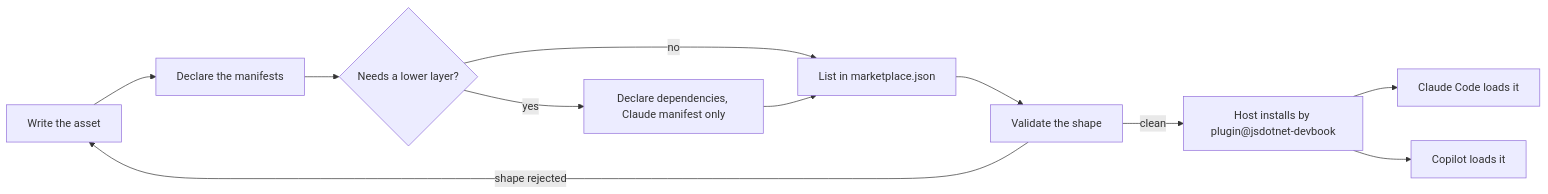
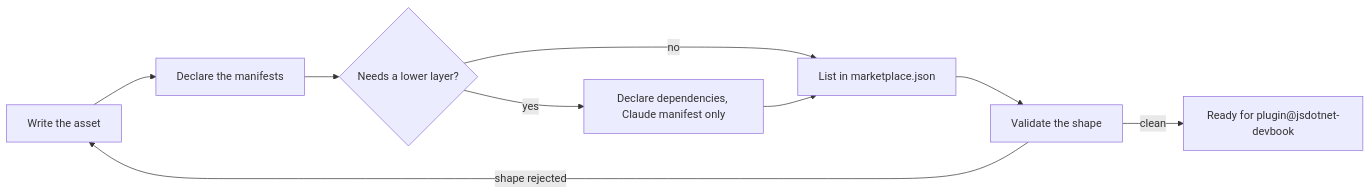
Before and after one commit to JSdotNet/devbook: the first of 3 diagrams in .devbook/arc42/06-runtime-view.md, drawn with Mermaid. The commit also changed other lines of this file and 4 other files, not shown here.

````diff
--- a/.devbook/arc42/06-runtime-view.md
+++ b/.devbook/arc42/06-runtime-view.md
@@ -29,13 +30,11 @@
 ```mermaid
 flowchart LR
     write["Write the asset"] --> manifests["Declare the manifests"]
     manifests --> deps{"Needs a lower layer?"}
     deps -->|yes| declare["Declare dependencies, Claude manifest only"]
     deps -->|no| list
     declare --> list["List in marketplace.json"]
     list --> check["Validate the shape"]
     check -->|shape rejected| write
-    check -->|clean| install["Host installs by plugin@jsdotnet-devbook"]
-    install --> claude["Claude Code loads it"]
-    install --> copilot["Copilot loads it"]
+    check -->|clean| done["Ready for plugin@jsdotnet-devbook"]
 ```
````
